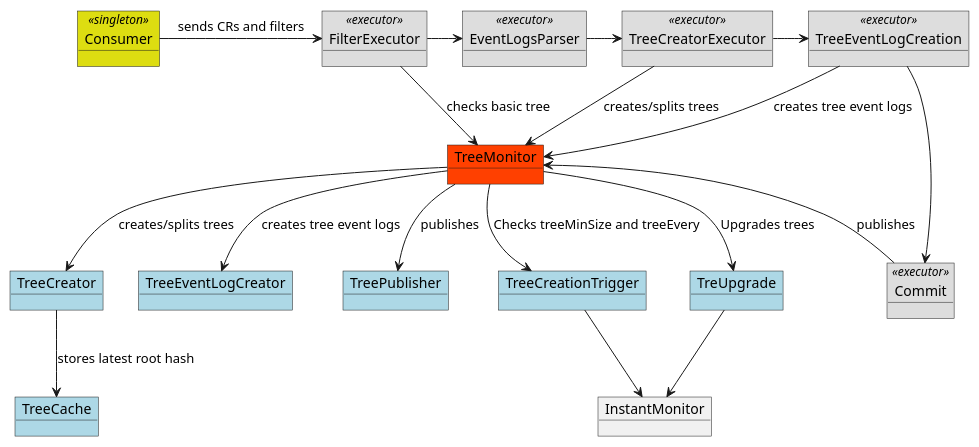
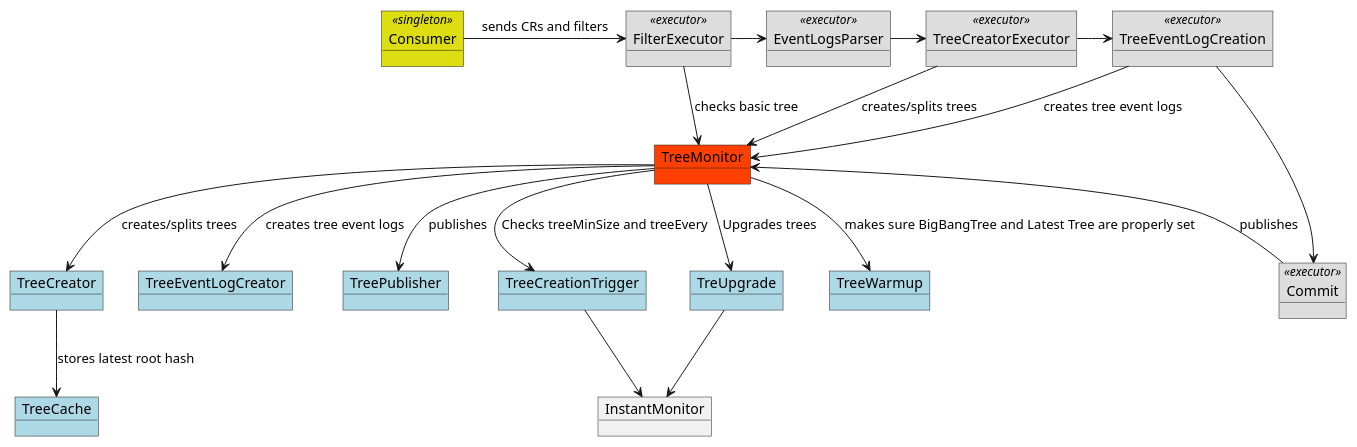
Before and after one commit to ubirch/ubirch-event-log: the diagram in event-log-chainer/src/main/scala/com/ubirch/chainer/services/test.puml, drawn with PlantUML. The commit also changed 4 other files, not shown here.

```diff
--- a/event-log-chainer/src/main/scala/com/ubirch/chainer/services/test.puml
+++ b/event-log-chainer/src/main/scala/com/ubirch/chainer/services/test.puml
@@ -1,39 +1,41 @@
 @startuml
 
 object Consumer <<singleton>> #DDDD11
 
 object TreeCreatorExecutor <<executor>> #DDDDDD
 object FilterExecutor <<executor>> #DDDDDD
 object EventLogsParser <<executor>> #DDDDDD
 object Commit <<executor>> #DDDDDD
 object TreeEventLogCreation <<executor>> #DDDDDD
 
 
 object TreeCreator #add8e6
 object TreeEventLogCreator #add8e6
 object TreeCache #add8e6
 object TreePublisher #add8e6
 object TreeCreationTrigger #add8e6
 object TreUpgrade #add8e6
 object TreeMonitor #ff4000
 object InstantMonitor
+object TreeWarmup #add8e6
 
 Consumer -> FilterExecutor : sends CRs and filters
 TreeMonitor <-- FilterExecutor: checks basic tree
 FilterExecutor -> EventLogsParser
 EventLogsParser -> TreeCreatorExecutor
 TreeCreator --> TreeCache: stores latest root hash
 TreeCreatorExecutor --> TreeMonitor: creates/splits trees
 TreeCreatorExecutor -> TreeEventLogCreation
 TreeMonitor --> TreeCreator: creates/splits trees
 TreeEventLogCreation --> TreeMonitor: creates tree event logs
 TreeEventLogCreation -> Commit
 TreeMonitor <-- Commit: publishes
+TreeMonitor --> TreeWarmup: makes sure BigBangTree and Latest Tree are properly set
 TreeMonitor --> TreeEventLogCreator: creates tree event logs
 TreeMonitor --> TreePublisher : publishes
 TreeMonitor --> TreeCreationTrigger: Checks treeMinSize and treeEvery
 TreeMonitor --> TreUpgrade : Upgrades trees
 TreUpgrade -->  InstantMonitor
 TreeCreationTrigger -->  InstantMonitor
 
 @enduml
```
